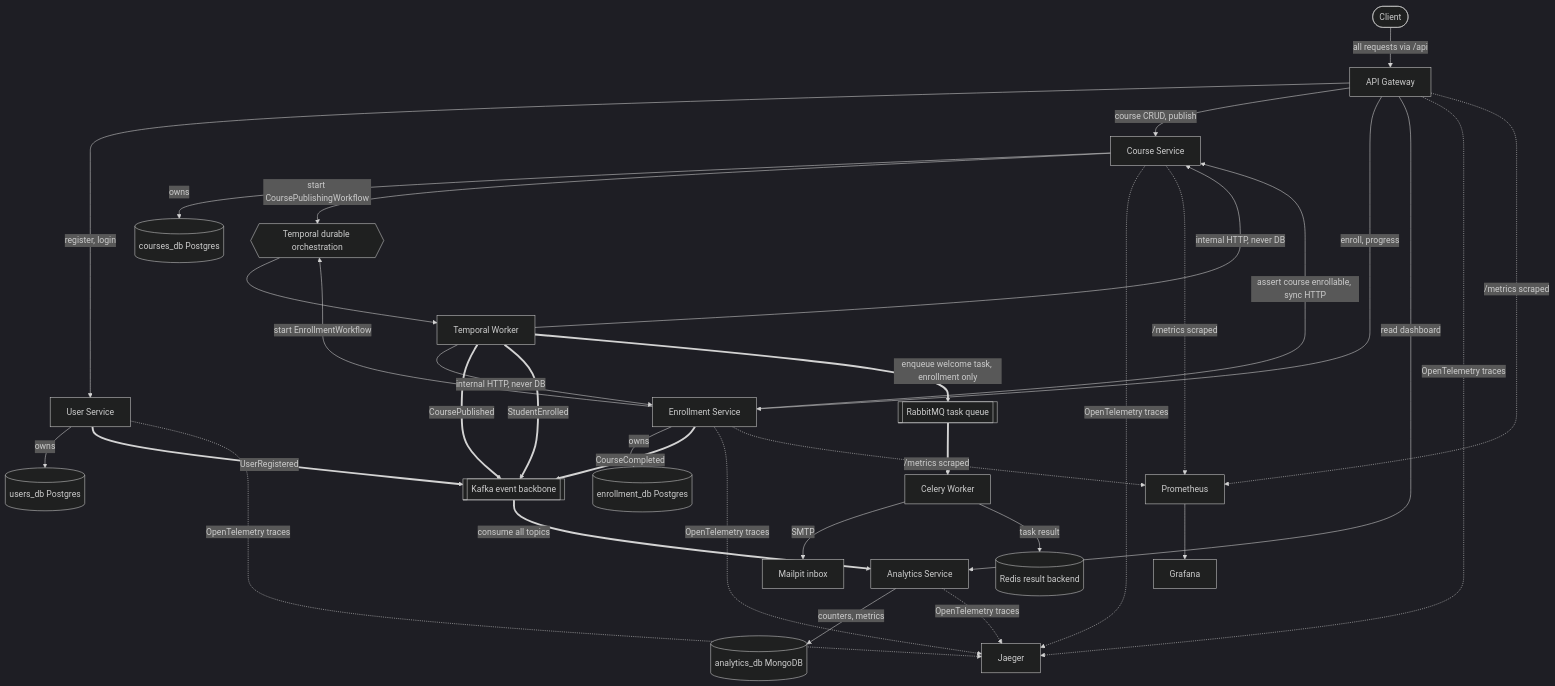
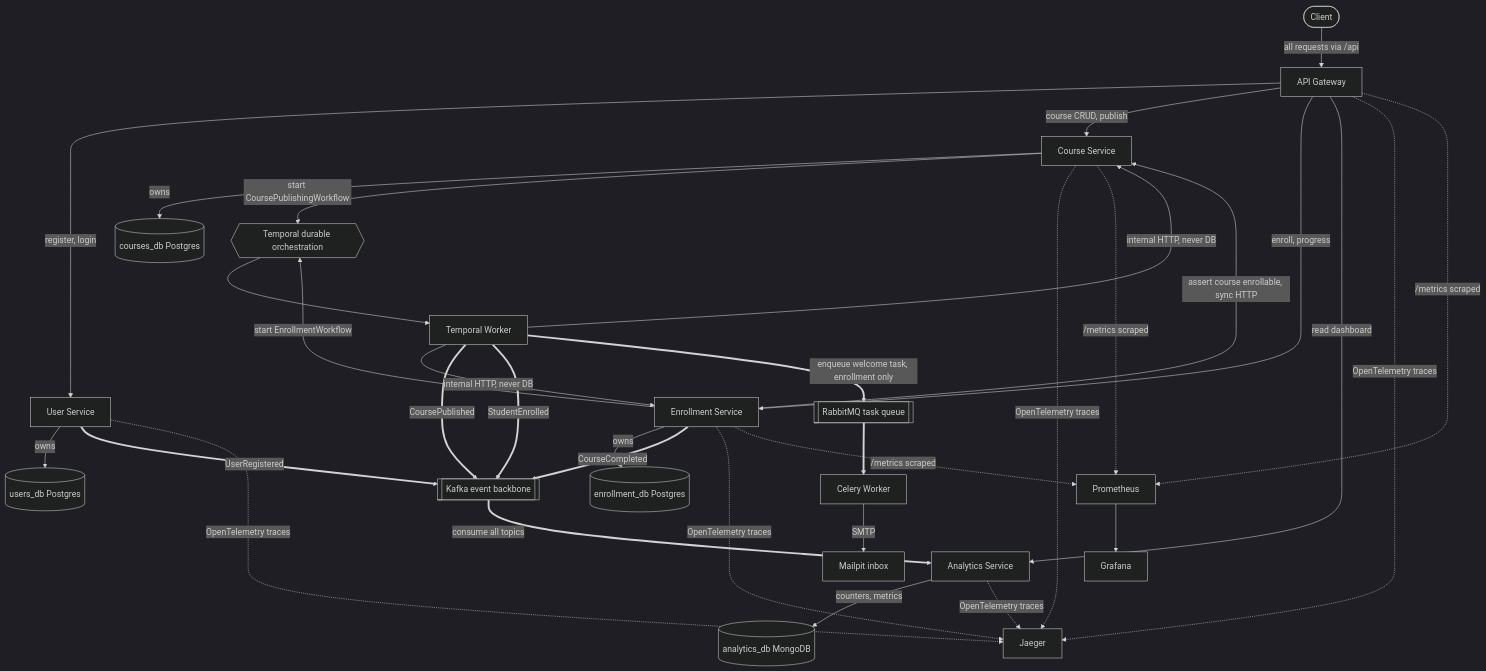
Before and after one commit to moattarrana/SmartCourse: the first of 17 diagrams in docs/system-design (9).md, drawn with Mermaid (dark theme).

Commit message:
Update system-design (9).md

````diff
--- a/docs/system-design (9).md
+++ b/docs/system-design (9).md
@@ -58,54 +58,53 @@
 ```mermaid
 flowchart TD
     Client([Client]) -->|all requests via /api| GW[API Gateway]
 
     GW -->|register, login| US[User Service]
     GW -->|course CRUD, publish| CS[Course Service]
     GW -->|enroll, progress| ES[Enrollment Service]
     GW -->|read dashboard| AN[Analytics Service]
 
     %% Cross-service dependency: enrollment-service validates the course
     %% synchronously before enrolling (course exists and is published)
     ES -->|assert course enrollable, sync HTTP| CS
 
     US -->|owns| UDB[(users_db Postgres)]
     CS -->|owns| CDB[(courses_db Postgres)]
     ES -->|owns| EDB[(enrollment_db Postgres)]
 
     %% Orchestration: Temporal for multi-step, recoverable jobs
     CS -->|start CoursePublishingWorkflow| TMP{{Temporal durable orchestration}}
     ES -->|start EnrollmentWorkflow| TMP
     TMP --> WK[Temporal Worker]
     WK -->|internal HTTP, never DB| CS
     WK -->|internal HTTP, never DB| ES
 
     %% Events produced INSIDE workflows are published by the worker directly
     WK ==>|CoursePublished| K[[Kafka event backbone]]
     WK ==>|StudentEnrolled| K
     %% Events produced OUTSIDE any workflow are published by their service
     US ==>|UserRegistered| K
     ES ==>|CourseCompleted| K
 
     %% Analytics consumes all events for metrics ONLY (no notifications)
     K ==>|consume all topics| AN
     AN -->|counters, metrics| MDB[(analytics_db MongoDB)]
 
     %% Notifications: enrollment workflow enqueues directly to RabbitMQ
     WK ==>|enqueue welcome task, enrollment only| RMQ[[RabbitMQ task queue]]
     RMQ ==> CW[Celery Worker]
     CW -->|SMTP| MP[Mailpit inbox]
-    CW -->|task result| RED[(Redis result backend)]
 
     %% Observability: tracing on all five FastAPI services
     GW -.->|OpenTelemetry traces| JAEG[Jaeger]
     US -.->|OpenTelemetry traces| JAEG
     CS -.->|OpenTelemetry traces| JAEG
     ES -.->|OpenTelemetry traces| JAEG
     AN -.->|OpenTelemetry traces| JAEG
 
     %% Observability: Prometheus scrapes /metrics from the instrumented services
     GW -.->|/metrics scraped| PROM[Prometheus]
     CS -.->|/metrics scraped| PROM
     ES -.->|/metrics scraped| PROM
     PROM --> GRAF[Grafana]
 ```
````
